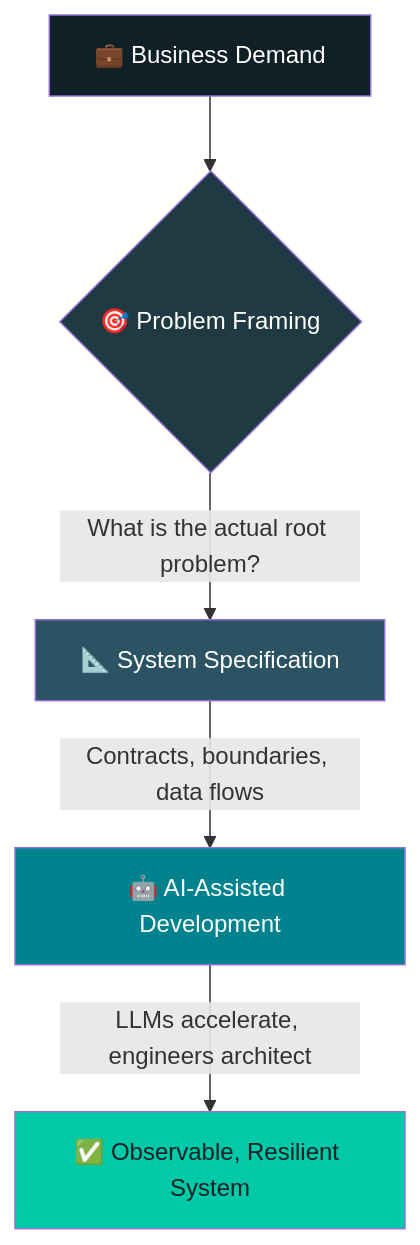
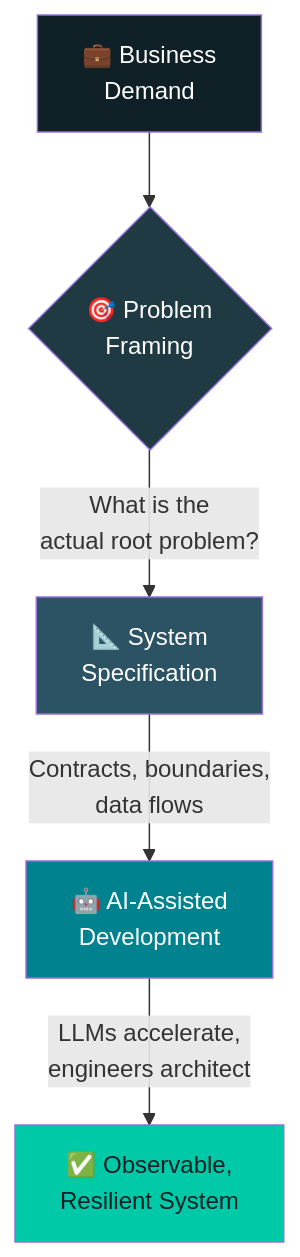
The second of 2 diagrams in README.md (chrisJSeng/chrisJSeng), drawn with Mermaid before and after one commit. The commit also changed other lines of this file, not shown here.

````diff
--- a/README.md
+++ b/README.md
@@ -109,13 +109,13 @@
 ```mermaid
 flowchart TD
-    A[💼 Business Demand] --> B{🎯 Problem Framing}
-    B -->|What is the actual root problem?| C[📐 System Specification]
-    C -->|Contracts, boundaries, data flows| D[🤖 AI-Assisted Development]
-    D -->|LLMs accelerate, engineers architect| E[✅ Observable, Resilient System]
+    A[💼 Business<br/>Demand] --> B{🎯 Problem<br/>Framing}
+    B -->|What is the<br/>actual root problem?| C[📐 System<br/>Specification]
+    C -->|Contracts, boundaries,<br/>data flows| D[🤖 AI-Assisted<br/>Development]
+    D -->|LLMs accelerate,<br/>engineers architect| E[✅ Observable,<br/>Resilient System]
 
     style A fill:#0f2027,color:#fff
     style B fill:#203a43,color:#fff
     style C fill:#2c5364,color:#fff
     style D fill:#00838f,color:#fff
     style E fill:#00c9a7,color:#0f2027
 ```
````
